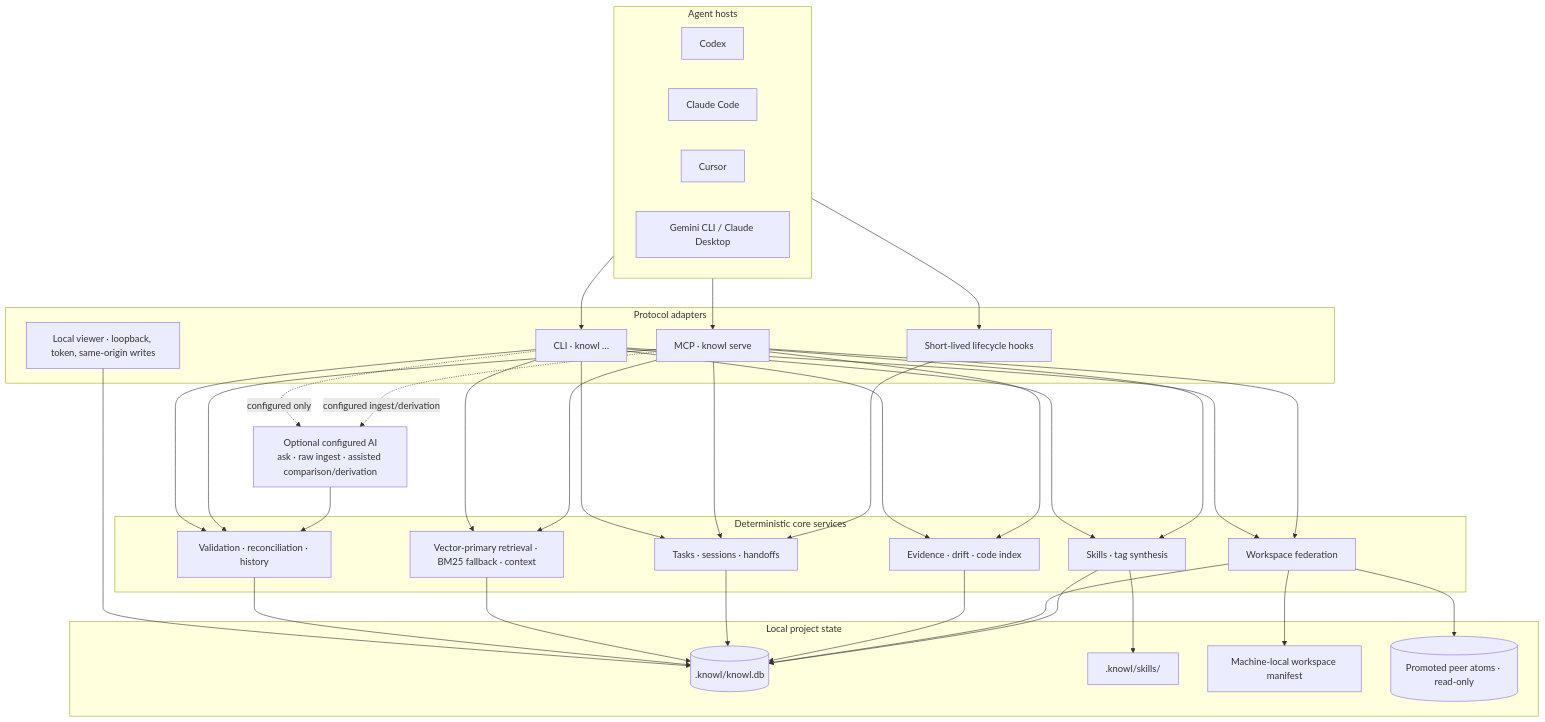
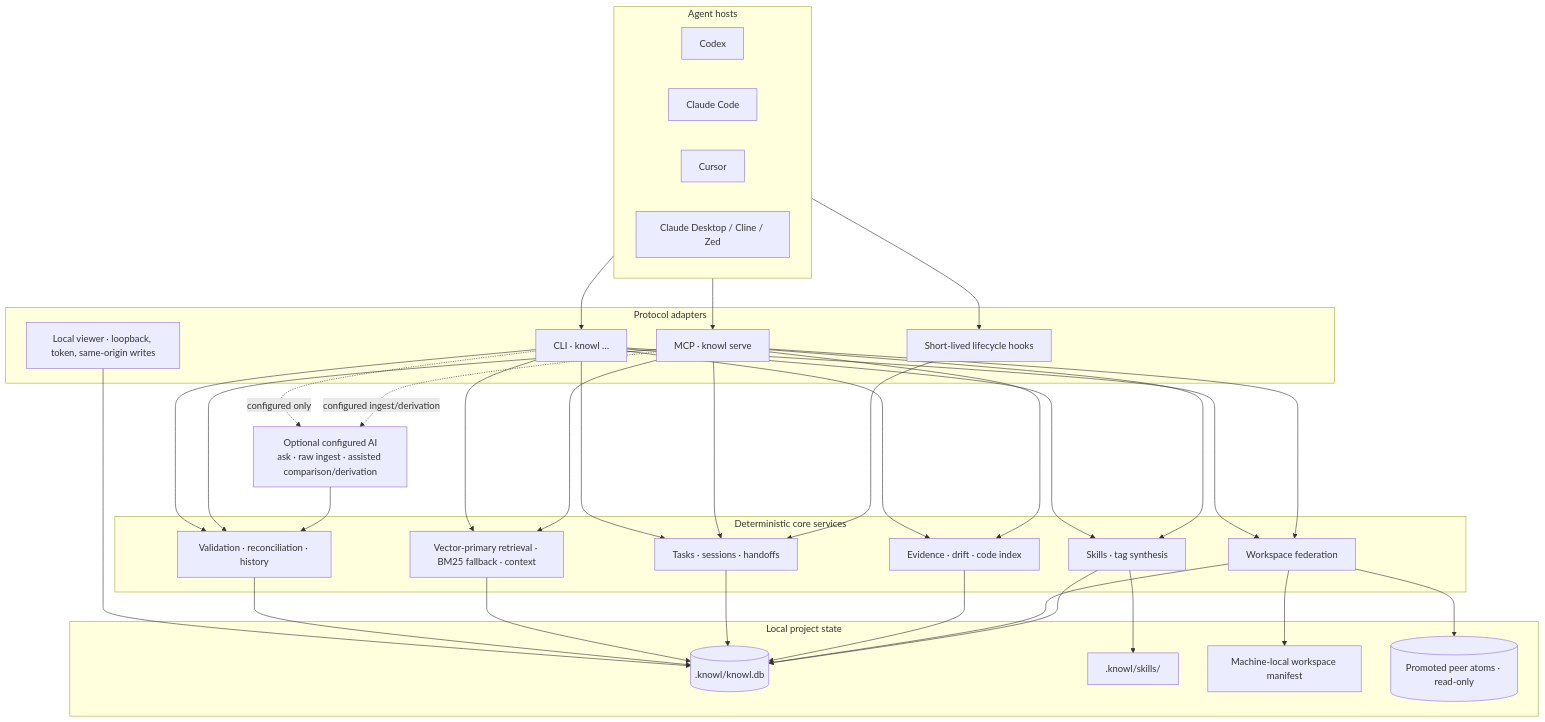
One commit to dat999zx/knowl changed the diagram in docs/reference.md. Above: the diagram before and after it, drawn with Mermaid. The commit also changed other lines of this file and 6 other files, not shown here.

````diff
--- a/docs/reference.md
+++ b/docs/reference.md
@@ -1471,64 +1474,64 @@
 ```mermaid
 flowchart TB
     subgraph hosts["Agent hosts"]
         H1["Codex"]
         H2["Claude Code"]
         H3["Cursor"]
-        H4["Gemini CLI / Claude Desktop"]
+        H4["Claude Desktop / Cline / Zed"]
     end
 
     subgraph adapters["Protocol adapters"]
         CLI["CLI · knowl …"]
         MCP["MCP · knowl serve"]
         HOOK["Short-lived lifecycle hooks"]
         VIEW["Local viewer · loopback, token, same-origin writes"]
     end
 
     subgraph core["Deterministic core services"]
         GOV["Validation · reconciliation · history"]
         RET["Vector-primary retrieval · BM25 fallback · context"]
         LIFE["Tasks · sessions · handoffs"]
         EVID["Evidence · drift · code index"]
         WS["Workspace federation"]
         SYN["Skills · tag synthesis"]
     end
 
     subgraph local["Local project state"]
         DB[(" .knowl/knowl.db ")]
         SK[".knowl/skills/"]
         MAN["Machine-local workspace manifest"]
         PEER[("Promoted peer atoms · read-only")]
     end
 
     AI["Optional configured AI<br/>ask · raw ingest · assisted comparison/derivation"]
 
     hosts --> CLI
     hosts --> MCP
     hosts --> HOOK
     CLI --> GOV
     CLI --> RET
     CLI --> LIFE
     CLI --> EVID
     CLI --> WS
     CLI --> SYN
     MCP --> GOV
     MCP --> RET
     MCP --> LIFE
     MCP --> EVID
     MCP --> WS
     MCP --> SYN
     HOOK --> LIFE
     VIEW --> DB
     GOV --> DB
     RET --> DB
     LIFE --> DB
     EVID --> DB
     WS --> DB
     SYN --> DB
     SYN --> SK
     WS --> MAN
     WS --> PEER
     CLI -. configured only .-> AI
     MCP -. configured ingest/derivation .-> AI
     AI --> GOV
 ```
````
